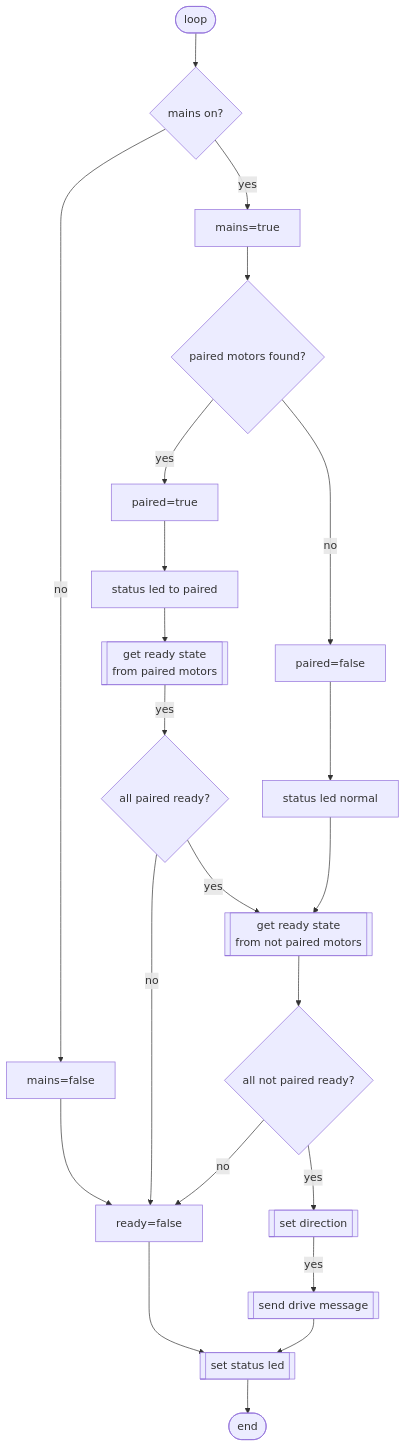
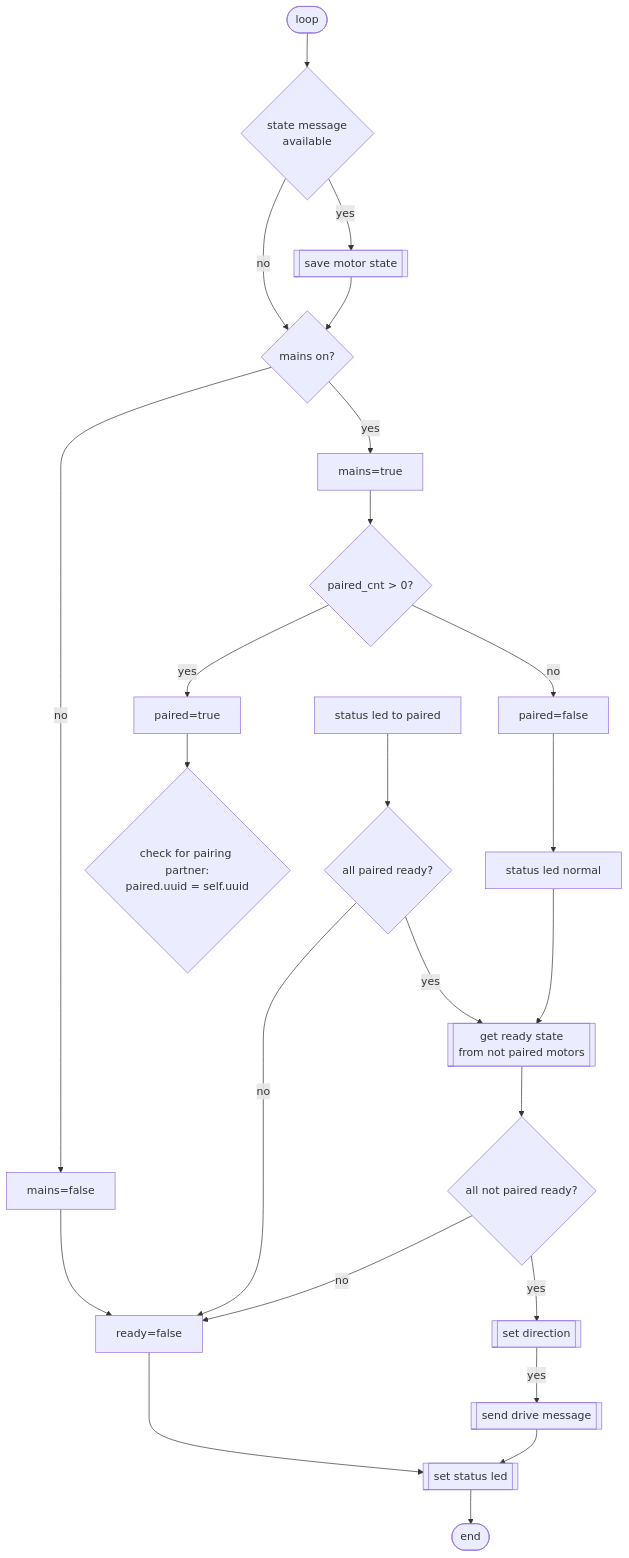
One commit to loco-can/loco-can-software changed the second of 3 diagrams in Loco_can_controler/README.md. Above: the diagram before and after it, drawn with Mermaid. The commit also changed other lines of this file, not shown here.

````diff
--- a/Loco_can_controler/README.md
+++ b/Loco_can_controler/README.md
@@ -130,24 +147,27 @@
 ```mermaid
 flowchart TD
-    BEGIN([loop]) --> MAINS_ON{mains on?}
+    BEGIN([loop]) --> MSG{"state message\navailable"}
+    MSG --> |no| MAINS_ON
+    MSG --> |yes| GET_MOTOR_STATE[[save motor state]]
+    GET_MOTOR_STATE --> MAINS_ON{mains on?}
     MAINS_ON -->|no| MOFF[mains=false]
     MOFF --> ROFF
     MAINS_ON -->|yes| MON[mains=true]
-    MON --> ON{paired motors found?}
+    MON --> ON{paired_cnt > 0?}
     ON -->|yes| PON[paired=true]
     ON -->|no| POFF[paired=false]
-    PON --> PON_LED[status led to paired]
-    PON_LED --> PON_GET[[get ready state\nfrom paired motors]]
-    PON_GET -->|yes| PON_READY{all paired ready?}
+    PON --> PCHECK{check for pairing partner:\npaired.uuid = self.uuid}
+    PON_LED[status led to paired]
+    PON_LED --> PON_READY{all paired ready?}
     PON_READY -->|no| ROFF[ready=false]
     ROFF --> STATUS([END])
     PON_READY -->|yes| POFF_GET
     RON -->|yes| SEND[[send drive message]]
     POFF --> POFF_LED[status led normal]
     POFF_LED --> POFF_GET[[get ready state\nfrom not paired motors]]
     POFF_GET --> POFF_READY{all not paired ready?}
     POFF_READY -->|no| ROFF
     POFF_READY -->|yes| RON[[set direction]]
     SEND --> STATUS[[set status led]]
     STATUS --> END([end])
 ```
````
